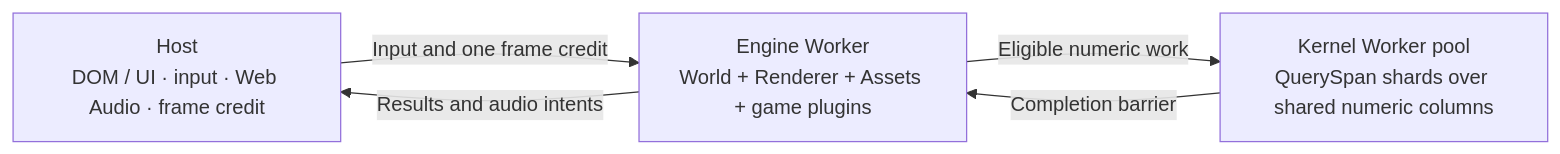
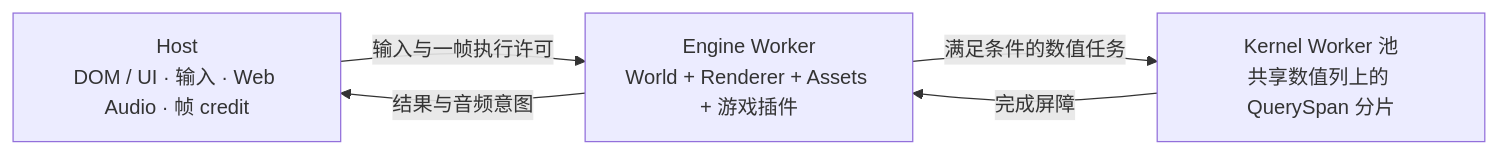
One commit to ForgeAX/forgeax-engine changed the second of 2 diagrams in README.md. Above: the diagram before and after it, drawn with Mermaid. The commit also changed other lines of this file and 539 other files, not shown here.

````diff
--- a/README.md
+++ b/README.md
@@ -240,10 +240,10 @@
 ```mermaid
 flowchart LR
-    HOST["Host<br/>DOM / UI · input · Web Audio · frame credit"]
-    ENGINE["Engine Worker<br/>World + Renderer + Assets + game plugins"]
-    KERNEL["Kernel Worker pool<br/>QuerySpan shards over shared numeric columns"]
-    HOST -->|"Input and one frame credit"| ENGINE
-    ENGINE -->|"Results and audio intents"| HOST
-    ENGINE -->|"Eligible numeric work"| KERNEL
-    KERNEL -->|"Completion barrier"| ENGINE
+    HOST["Host<br/>DOM / UI · 输入 · Web Audio · 帧 credit"]
+    ENGINE["Engine Worker<br/>World + Renderer + Assets + 游戏插件"]
+    KERNEL["Kernel Worker 池<br/>共享数值列上的 QuerySpan 分片"]
+    HOST -->|"输入与一帧执行许可"| ENGINE
+    ENGINE -->|"结果与音频意图"| HOST
+    ENGINE -->|"满足条件的数值任务"| KERNEL
+    KERNEL -->|"完成屏障"| ENGINE
 ```
````
